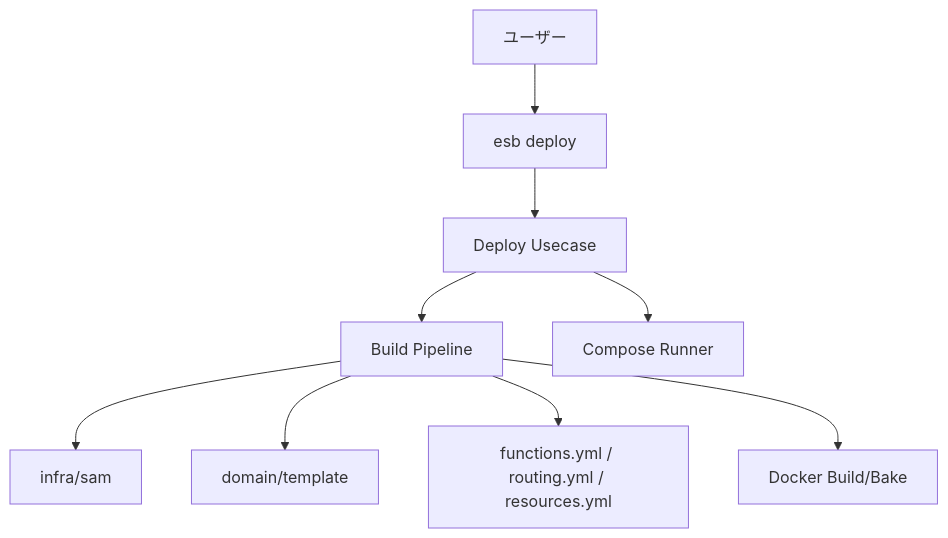
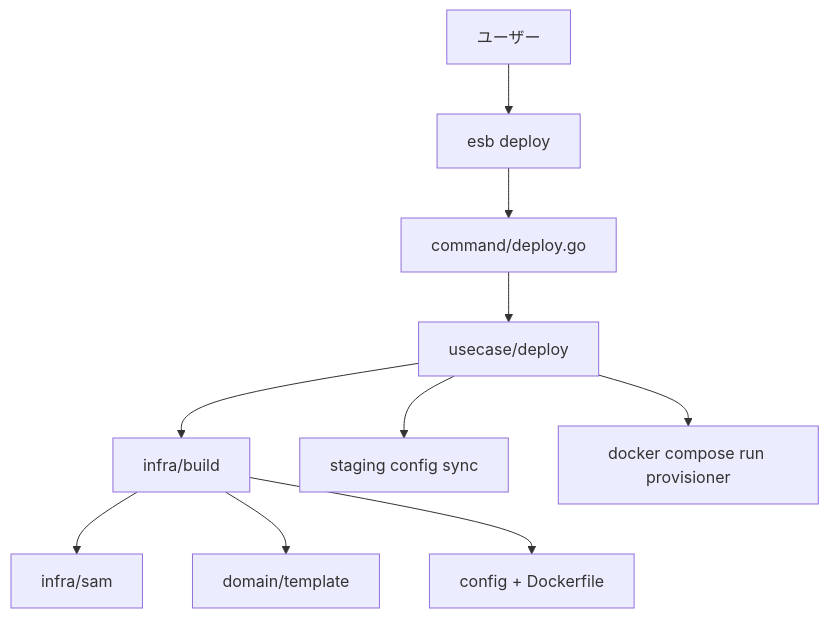
Before and after one commit to poruru-code/esb-cli: the diagram in docs/architecture.md, drawn with Mermaid. The commit also changed other lines of this file and 6 other files, not shown here.

````diff
--- a/docs/architecture.md
+++ b/docs/architecture.md
@@ -13,11 +13,12 @@
 ```mermaid
 graph TD
     User[ユーザー] --> CLI[esb deploy]
-    CLI --> Usecase[Deploy Usecase]
-    Usecase --> Build[Build Pipeline]
-    Usecase --> Compose[Compose Runner]
+    CLI --> Command[command/deploy.go]
+    Command --> Usecase[usecase/deploy]
+    Usecase --> Build[infra/build]
     Build --> SAM[infra/sam]
     Build --> Template[domain/template]
-    Build --> Files[functions.yml / routing.yml / resources.yml]
-    Build --> Docker[Docker Build/Bake]
+    Build --> Outputs[config + Dockerfile]
+    Usecase --> RuntimeConfig[staging config sync]
+    Usecase --> Provisioner[docker compose run provisioner]
 ```
````
